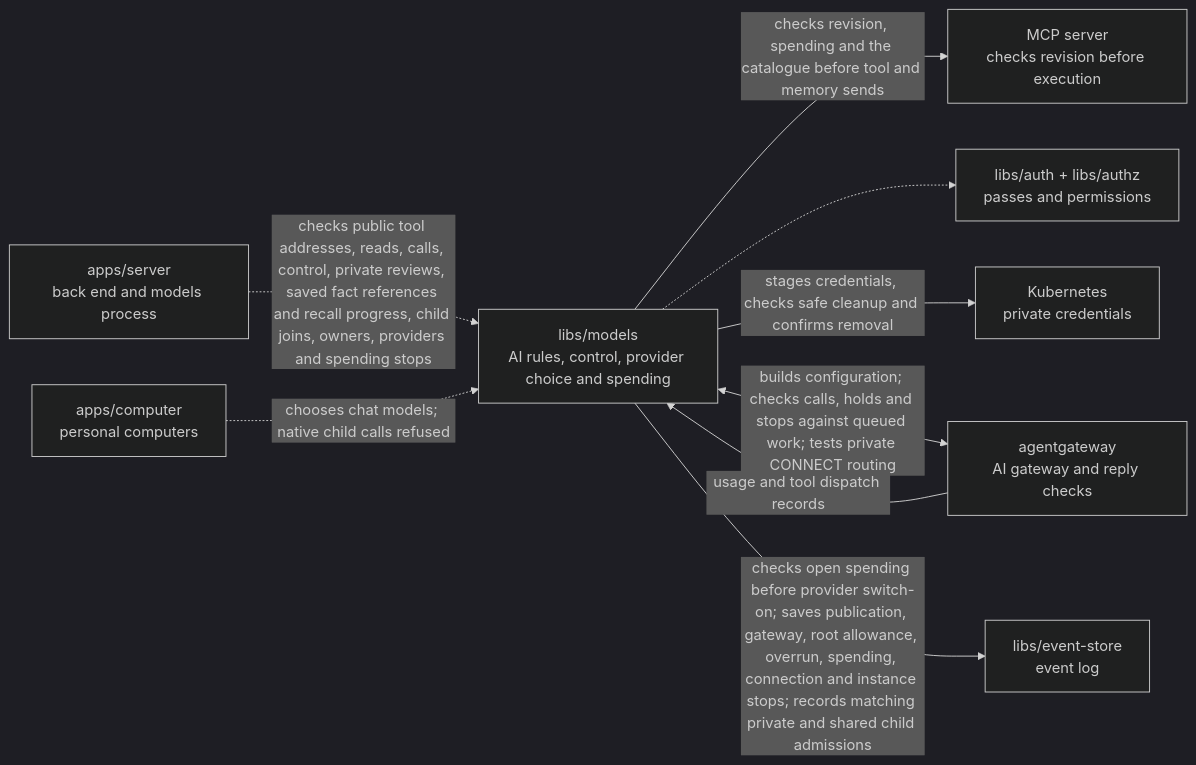
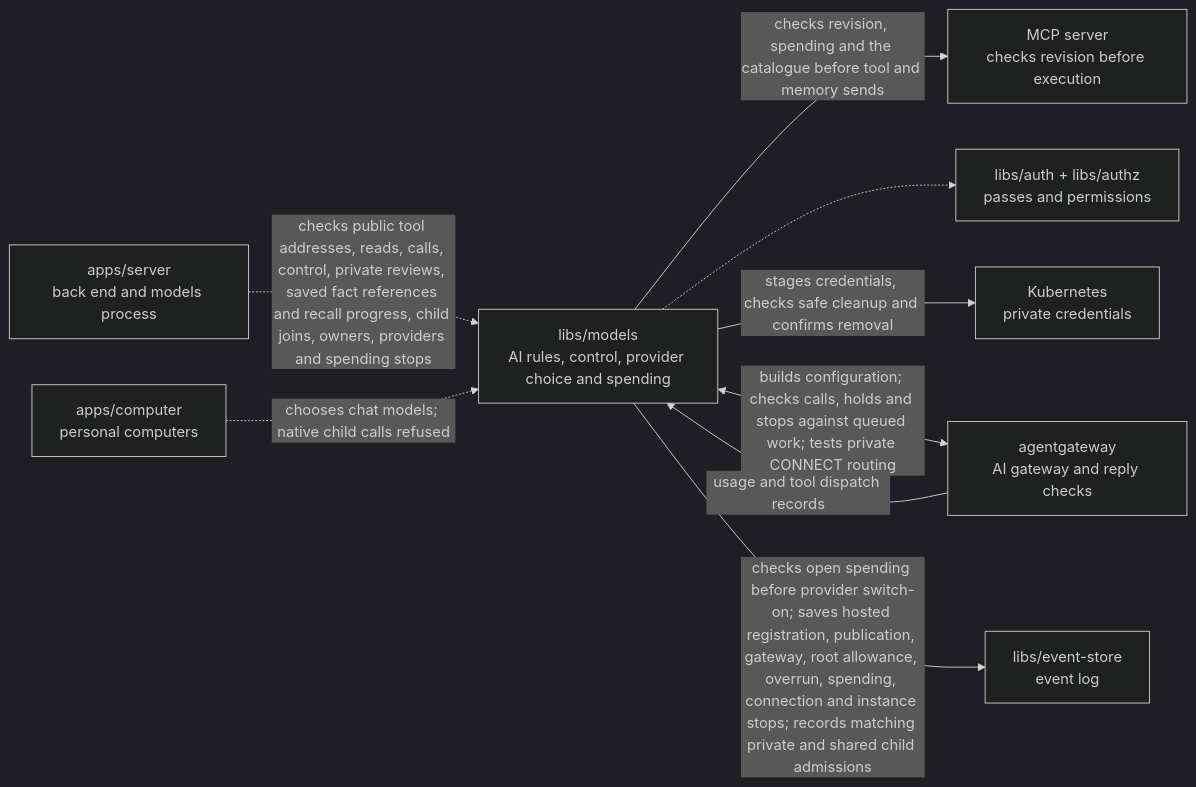
One commit to elewa-git/opencrane-new changed the diagram in libs/models/README.md. Above: the diagram before and after it, drawn with Mermaid (dark theme). The commit also changed other lines of this file and 17 other files, not shown here.

````diff
--- a/libs/models/README.md
+++ b/libs/models/README.md
@@ -14,11 +14,11 @@
 ```mermaid
 flowchart LR
   server["apps/server<br/>back end and models process"] -.->|checks public tool addresses, reads, calls, control, private reviews, saved fact references and recall progress, child joins, owners, providers and spending stops| models["libs/models<br/>AI rules, control, provider choice and spending"]
   models -->|checks revision, spending and the catalogue before tool and memory sends| mcp["MCP server<br/>checks revision before execution"]
   computer["apps/computer<br/>personal computers"] -.->|chooses chat models; native child calls refused| models
   models -.-> auth["libs/auth + libs/authz<br/>passes and permissions"]
   models -->|stages credentials, checks safe cleanup and confirms removal| custody["Kubernetes<br/>private credentials"]
   models <-->|builds configuration; checks calls, holds and stops against queued work; tests private CONNECT routing| gateway["agentgateway<br/>AI gateway and reply checks"]
   gateway -->|usage and tool dispatch records| models
-  models -->|checks open spending before provider switch-on; saves publication, gateway, root allowance, overrun, spending, connection and instance stops; records matching private and shared child admissions| store["libs/event-store<br/>event log"]
+  models -->|checks open spending before provider switch-on; saves hosted registration, publication, gateway, root allowance, overrun, spending, connection and instance stops; records matching private and shared child admissions| store["libs/event-store<br/>event log"]
 ```
````
